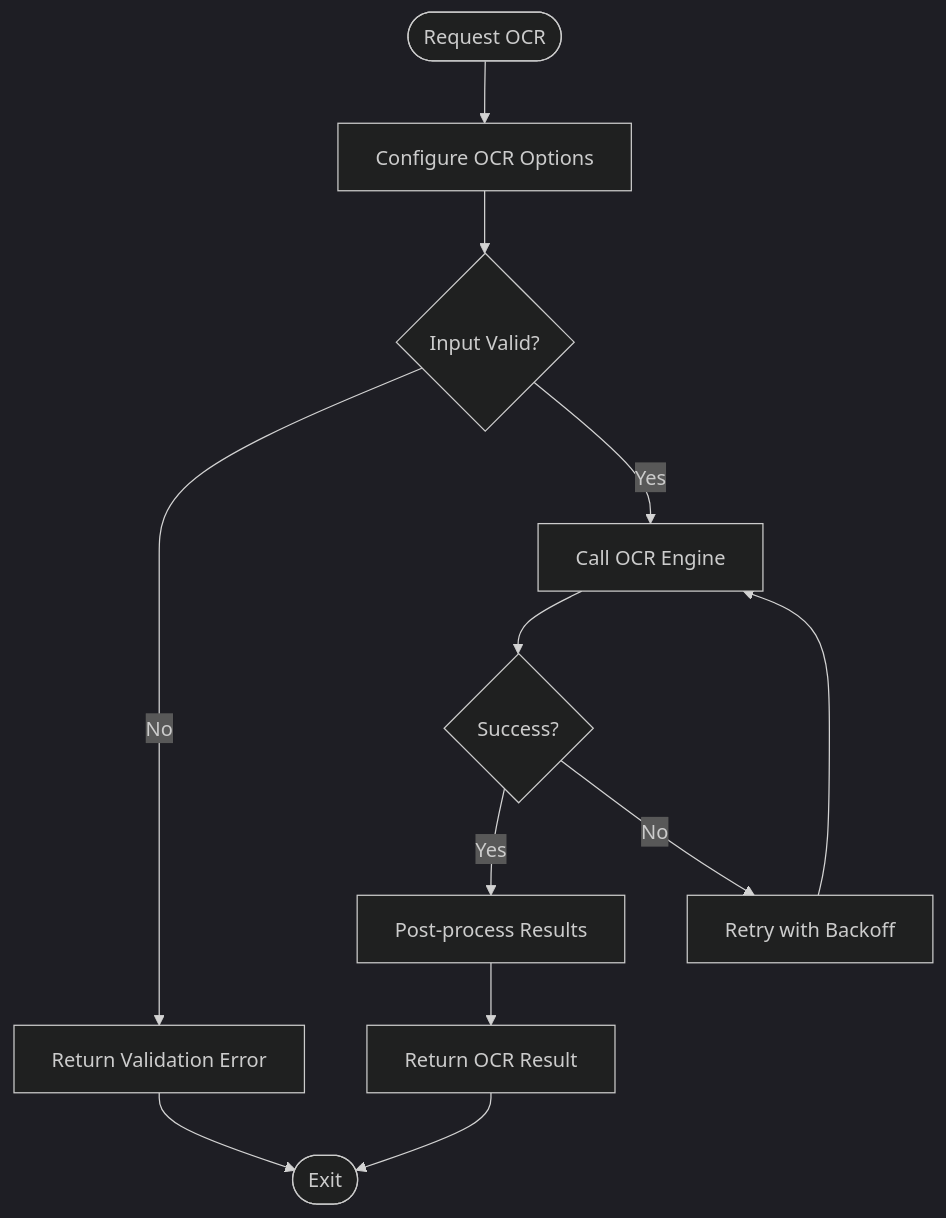
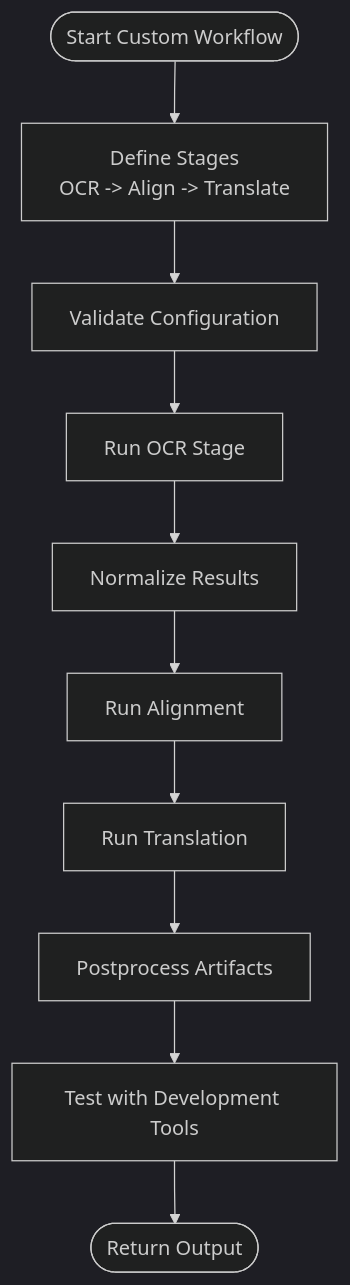
One commit to Sifr-r/LocalDeepL changed the fifth of 6 diagrams in .qoder/repowiki/en/content/Developer Guide.md. Above: the diagram before and after it, drawn with Mermaid (dark theme). The commit also changed other lines of this file and 191 other files, not shown here.

````diff
--- a/.qoder/repowiki/en/content/Developer Guide.md
+++ b/.qoder/repowiki/en/content/Developer Guide.md
@@ -202,14 +437,12 @@
 ```mermaid
 flowchart TD
-Start(["Request OCR"]) --> Configure["Configure OCR Options"]
-Configure --> Validate{"Input Valid?"}
-Validate --> |No| Error["Return Validation Error"]
-Validate --> |Yes| CallOCR["Call OCR Engine"]
-CallOCR --> Success{"Success?"}
-Success --> |Yes| PostProcess["Post-process Results"]
-Success --> |No| Retry["Retry with Backoff"]
-Retry --> CallOCR
-PostProcess --> Return["Return OCR Result"]
-Error --> End(["Exit"])
-Return --> End
+Start(["Start Custom Workflow"]) --> DefineStages["Define Stages<br/>OCR -> Align -> Translate"]
+DefineStages --> ValidateConfig["Validate Configuration"]
+ValidateConfig --> RunOCR["Run OCR Stage"]
+RunOCR --> Normalize["Normalize Results"]
+Normalize --> RunAlign["Run Alignment"]
+RunAlign --> RunTranslate["Run Translation"]
+RunTranslate --> Postprocess["Postprocess Artifacts"]
+Postprocess --> TestWithDev["Test with Development Tools"]
+TestWithDev --> Return(["Return Output"])
 ```
````
